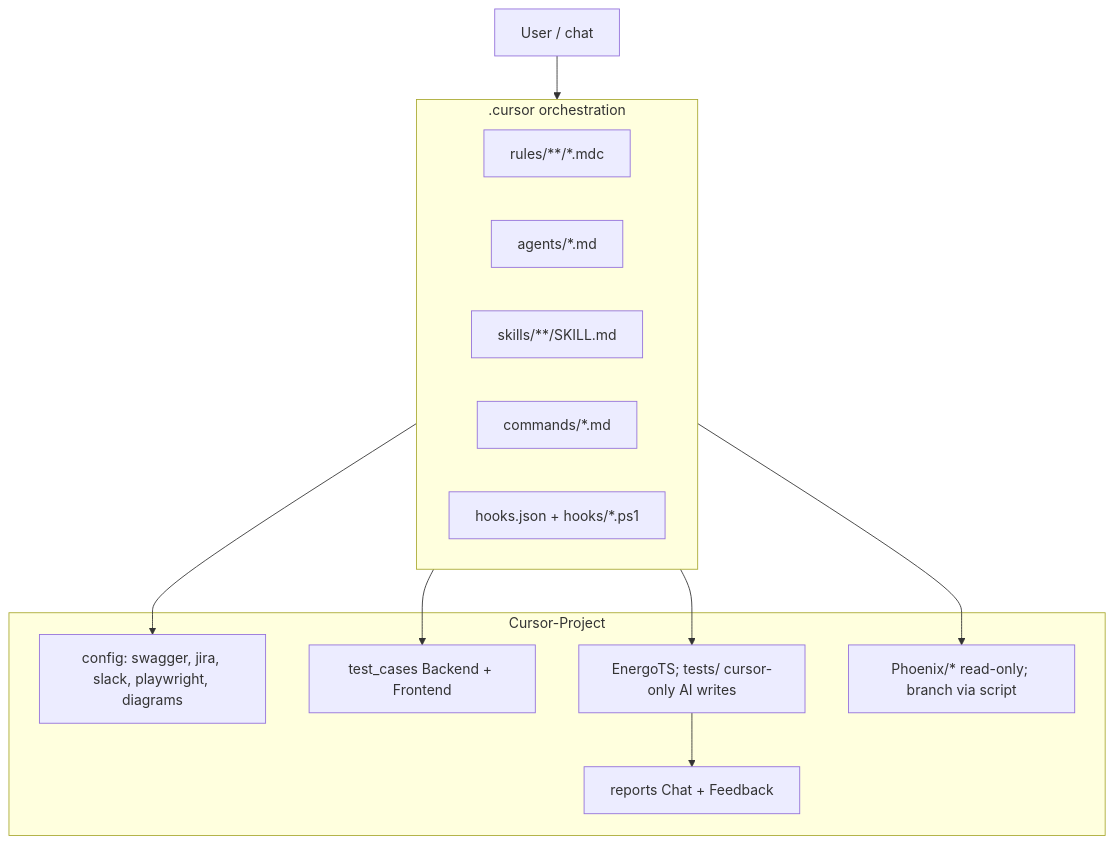
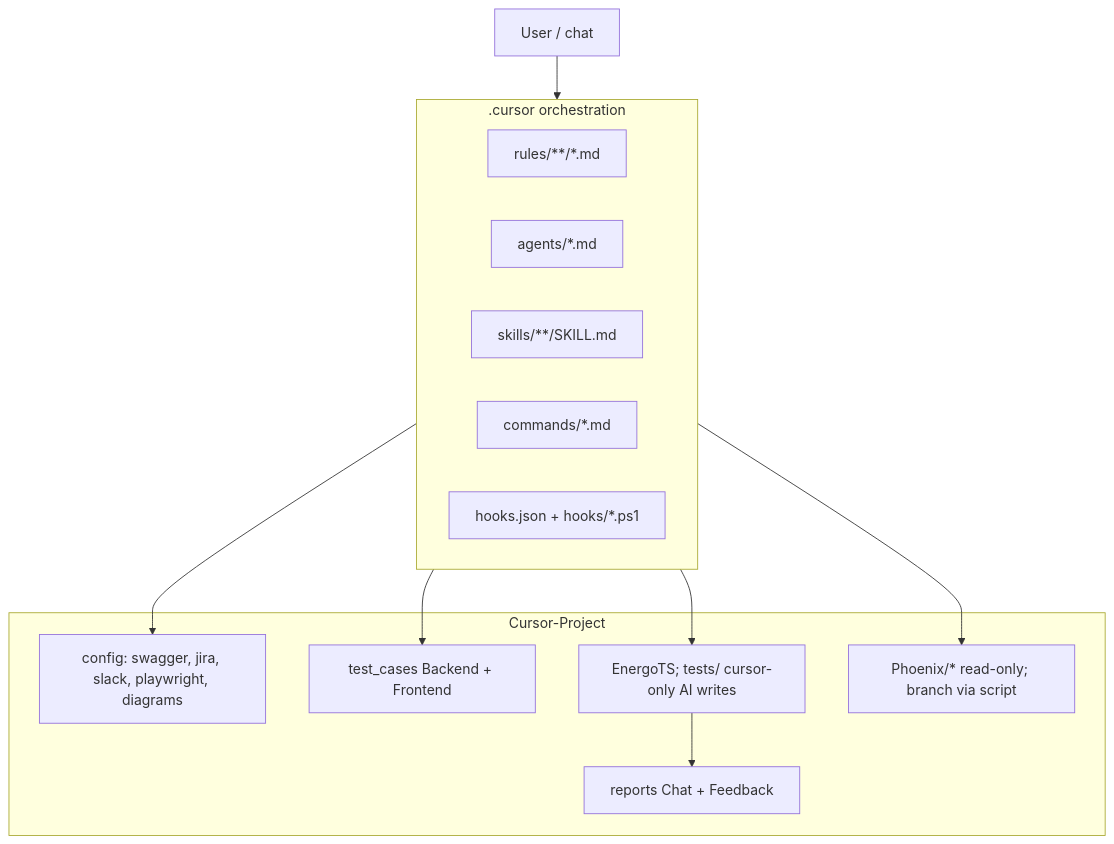
One commit to Nika-Kevlishvili/CURSOR-PROJECT changed the diagram in Cursor-Project/docs/WORKSPACE_PATTERNS.md. Above: the diagram before and after it, drawn with Mermaid. The commit also changed other lines of this file and 277 other files, not shown here.

````diff
--- a/Cursor-Project/docs/WORKSPACE_PATTERNS.md
+++ b/Cursor-Project/docs/WORKSPACE_PATTERNS.md
@@ -66,23 +66,23 @@
 ```mermaid
 flowchart TB
   subgraph cursorCfg [".cursor orchestration"]
-    rules["rules/**/*.mdc"]
+    rules["rules/**/*.md"]
     agents["agents/*.md"]
     skills["skills/**/SKILL.md"]
     cmds["commands/*.md"]
     hooks["hooks.json + hooks/*.ps1"]
   end
   subgraph cp ["Cursor-Project"]
     config["config: swagger, jira, slack, playwright, diagrams"]
     tc["test_cases Backend + Frontend"]
     rep["reports Chat + Feedback"]
     ets["EnergoTS; tests/ cursor-only AI writes"]
     phx["Phoenix/* read-only; branch via script"]
   end
   User[User / chat] --> cursorCfg
   cursorCfg --> tc
   cursorCfg --> config
   cursorCfg --> ets
   cursorCfg --> phx
   ets --> rep
 ```
````
